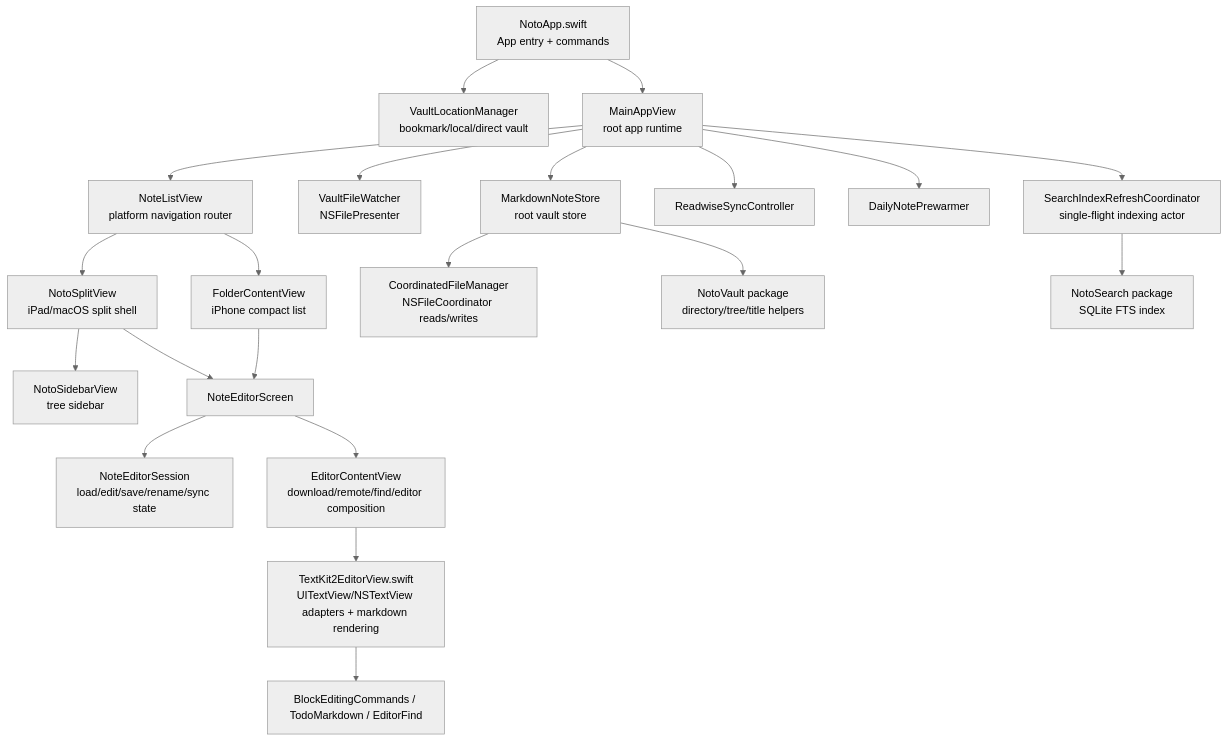
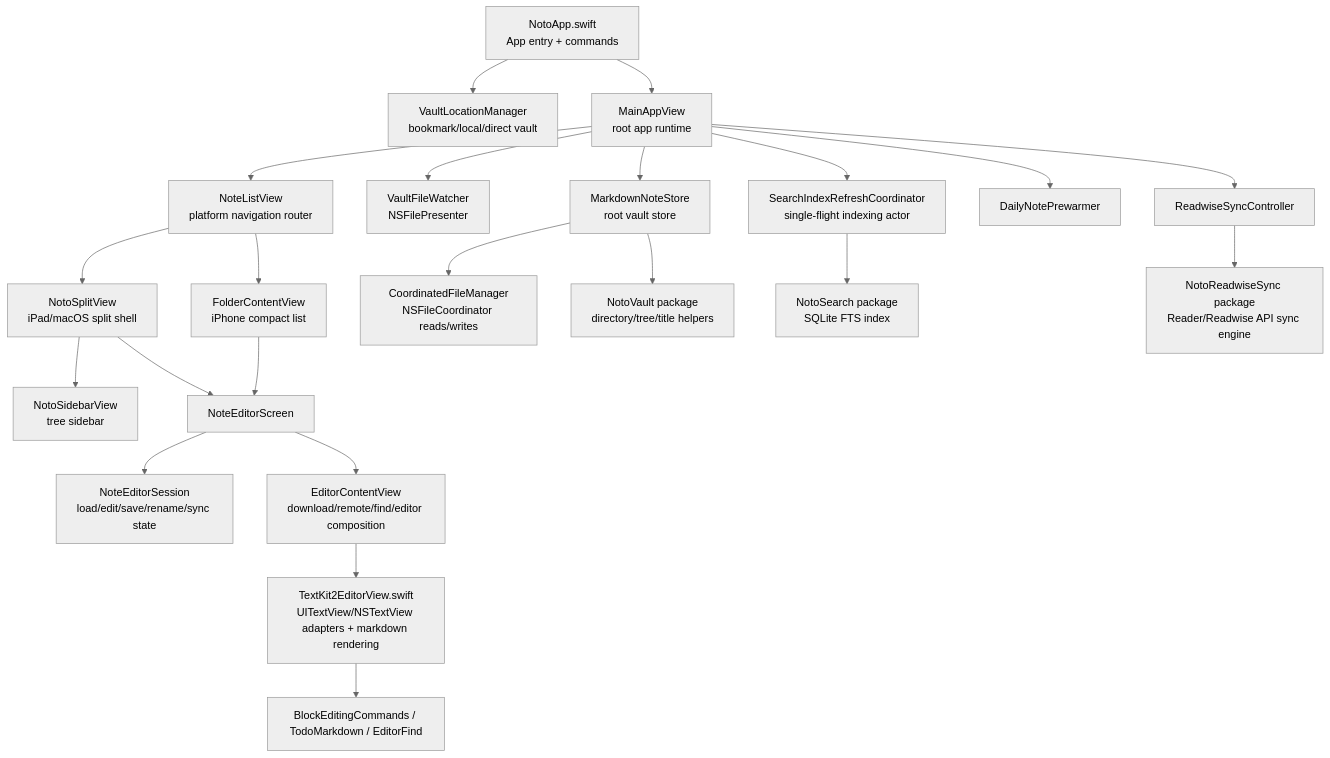
Before and after one commit to eugenechantk/Noto: the first of 11 diagrams in .codex/brainstorm/noto-architecture-lifecycle.md, drawn with Mermaid (neutral theme).

Commit message:
Document Noto architecture lifecycle

````diff
--- a/.codex/brainstorm/noto-architecture-lifecycle.md
+++ b/.codex/brainstorm/noto-architecture-lifecycle.md
@@ -11,26 +11,27 @@
 ```mermaid
 flowchart TD
     App[NotoApp.swift<br/>App entry + commands] --> VaultLoc[VaultLocationManager<br/>bookmark/local/direct vault]
     App --> Main[MainAppView<br/>root app runtime]
     Main --> RootStore[MarkdownNoteStore<br/>root vault store]
     Main --> Watcher[VaultFileWatcher<br/>NSFilePresenter]
     Main --> SearchRefresh[SearchIndexRefreshCoordinator<br/>single-flight indexing actor]
     Main --> Readwise[ReadwiseSyncController]
     Main --> Daily[DailyNotePrewarmer]
 
     Main --> NoteList[NoteListView<br/>platform navigation router]
     NoteList --> Compact[FolderContentView<br/>iPhone compact list]
     NoteList --> Split[NotoSplitView<br/>iPad/macOS split shell]
     Split --> Sidebar[NotoSidebarView<br/>tree sidebar]
     Split --> EditorScreen[NoteEditorScreen]
     Compact --> EditorScreen
 
     EditorScreen --> Session[NoteEditorSession<br/>load/edit/save/rename/sync state]
     EditorScreen --> EditorContent[EditorContentView<br/>download/remote/find/editor composition]
     EditorContent --> TextKit[TextKit2EditorView.swift<br/>UITextView/NSTextView adapters + markdown rendering]
 
     RootStore --> CoordFS[CoordinatedFileManager<br/>NSFileCoordinator reads/writes]
     RootStore --> VaultPkg[NotoVault package<br/>directory/tree/title helpers]
     SearchRefresh --> SearchPkg[NotoSearch package<br/>SQLite FTS index]
+    Readwise --> ReadwisePkg[NotoReadwiseSync package<br/>Reader/Readwise API sync engine]
     TextKit --> Commands[BlockEditingCommands / TodoMarkdown / EditorFind]
 ```
````
